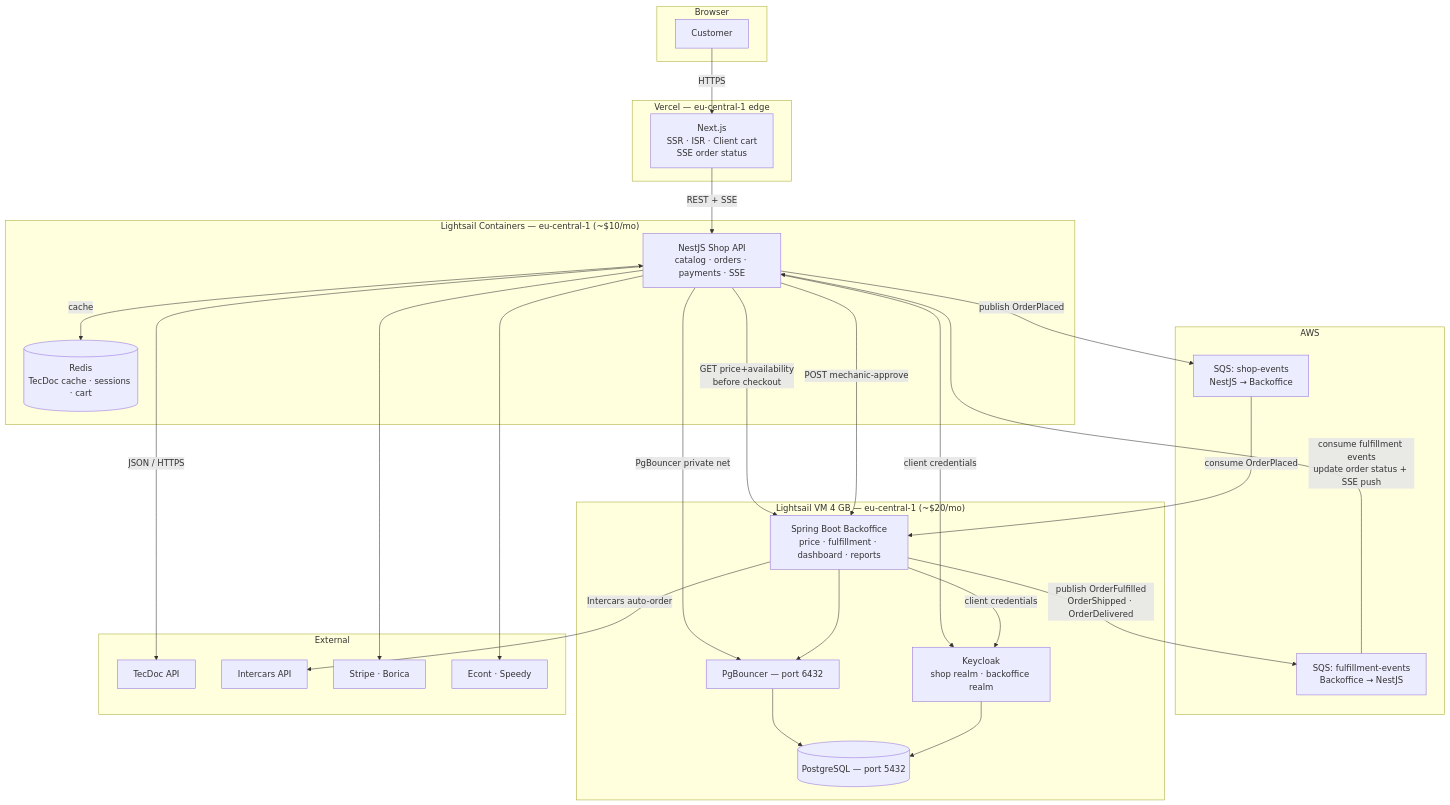
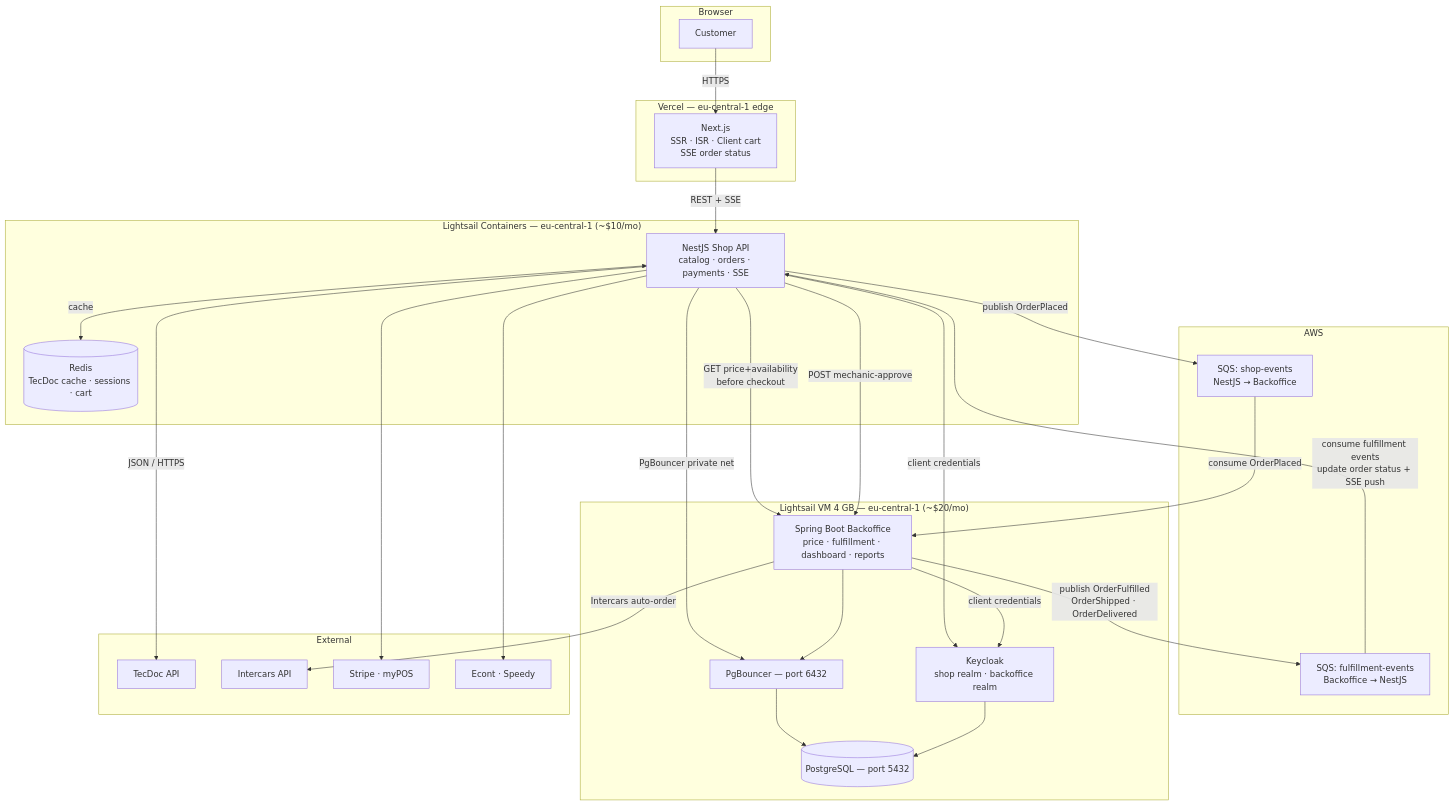
The diagram in docs/ARCHITECTURE.md (Pavlin619/vp-parts), drawn with Mermaid before and after one commit. The commit also changed other lines of this file and 11 other files, not shown here.

````diff
--- a/docs/ARCHITECTURE.md
+++ b/docs/ARCHITECTURE.md
@@ -11,54 +11,54 @@
 ```mermaid
 graph TB
     subgraph Browser
         U[Customer]
     end
 
     subgraph Vercel ["Vercel — eu-central-1 edge"]
         WEB["Next.js\nSSR · ISR · Client cart\nSSE order status"]
     end
 
     subgraph LC ["Lightsail Containers — eu-central-1 (~$10/mo)"]
         API["NestJS Shop API\ncatalog · orders · payments · SSE"]
         REDIS[(Redis\nTecDoc cache · sessions · cart)]
     end
 
     subgraph AWS
         SQS1["SQS: shop-events\nNestJS → Backoffice"]
         SQS2["SQS: fulfillment-events\nBackoffice → NestJS"]
     end
 
     subgraph VM ["Lightsail VM 4 GB — eu-central-1 (~$20/mo)"]
         SPRING["Spring Boot Backoffice\nprice · fulfillment · dashboard · reports"]
         KC["Keycloak\nshop realm · backoffice realm"]
         PGBOUNCER["PgBouncer — port 6432"]
         PG[(PostgreSQL — port 5432)]
     end
 
     subgraph External
         TECDOC[TecDoc API]
         INTERCARS[Intercars API]
-        PAY["Stripe · Borica"]
+        PAY["Stripe · myPOS"]
         SHIP["Econt · Speedy"]
     end
 
     U -->|HTTPS| WEB
     WEB -->|REST + SSE| API
     API <-->|cache| REDIS
     API -->|PgBouncer private net| PGBOUNCER
     API -->|GET price+availability\nbefore checkout| SPRING
     API -->|POST mechanic-approve| SPRING
     API -->|publish OrderPlaced| SQS1
     SQS1 -->|consume OrderPlaced| SPRING
     SPRING -->|publish OrderFulfilled\nOrderShipped · OrderDelivered| SQS2
     SQS2 -->|consume fulfillment events\nupdate order status + SSE push| API
     SPRING -->|Intercars auto-order| INTERCARS
     SPRING --> PGBOUNCER
     PGBOUNCER --> PG
     KC --> PG
     API -->|client credentials| KC
     SPRING -->|client credentials| KC
     API -->|JSON / HTTPS| TECDOC
     API --> PAY
     API --> SHIP
 ```
````
